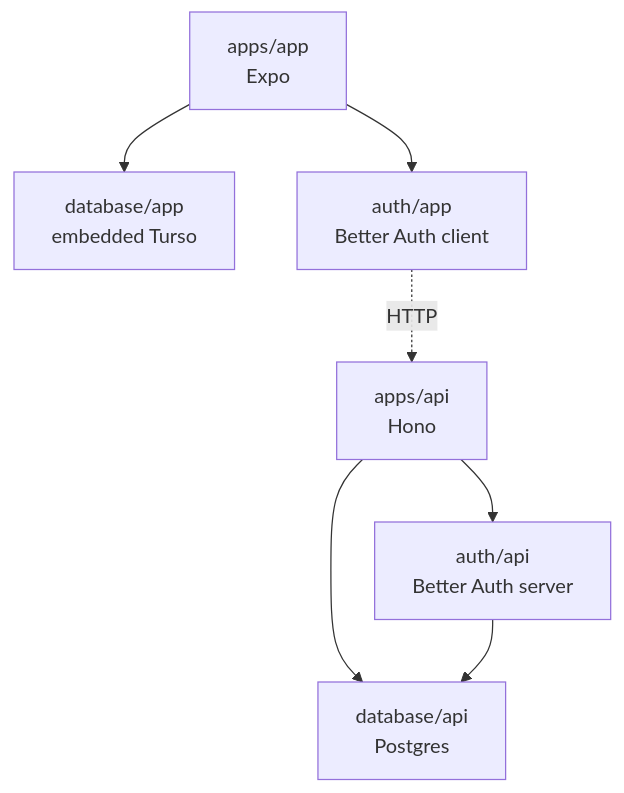
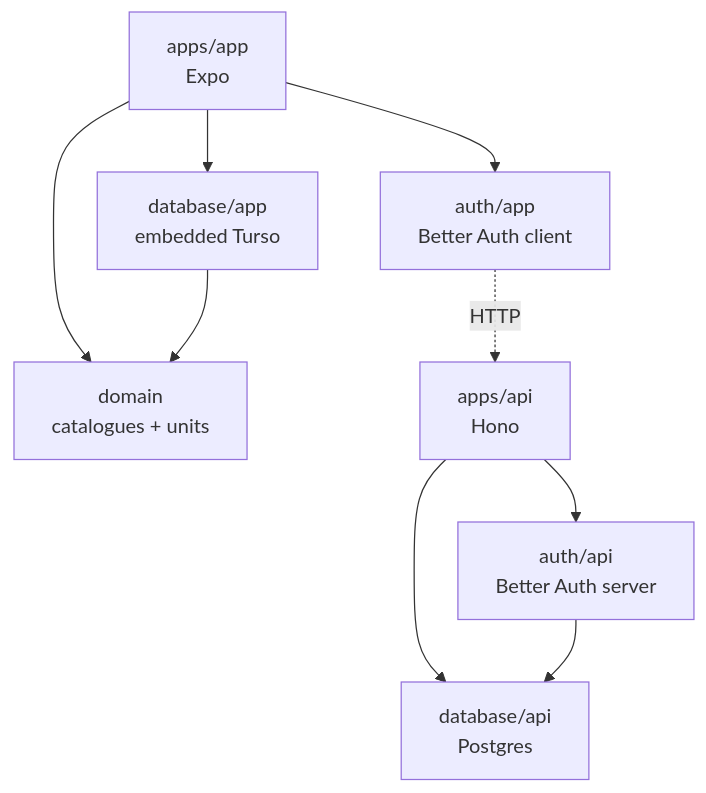
The diagram in README.md (bishsbytes/bro), drawn with Mermaid before and after one commit. The commit also changed other lines of this file, not shown here.

Commit message:
docs: add @bro/domain to workspace layout and conventions

````diff
--- a/README.md
+++ b/README.md
@@ -24,9 +27,11 @@
 ```mermaid
 graph TD
   APP["apps/app<br/>Expo"] --> DBAPP["database/app<br/>embedded Turso"]
   APP --> AUTHAPP["auth/app<br/>Better Auth client"]
+  APP --> DOMAIN["domain<br/>catalogues + units"]
+  DBAPP --> DOMAIN
   API["apps/api<br/>Hono"] --> DBAPI["database/api<br/>Postgres"]
   API --> AUTHAPI["auth/api<br/>Better Auth server"]
   AUTHAPI --> DBAPI
   AUTHAPP -. HTTP .-> API
 ```
````
